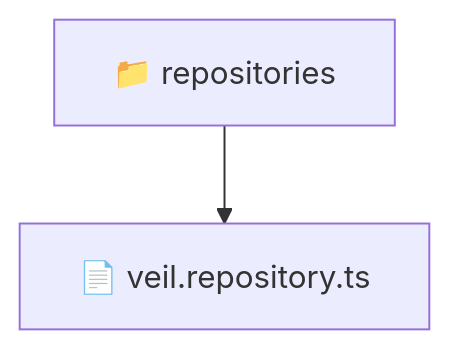
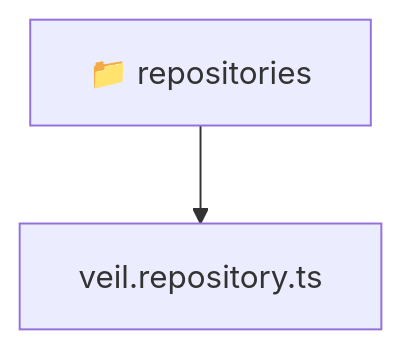
One commit to beginwebdev2002/fullstack-mavluda changed the diagram in backend/src/modules/veil/infrastructure/repositories/README.md. Above: the diagram before and after it, drawn with Mermaid. The commit also changed other lines of this file and 167 other files, not shown here.

````diff
--- a/backend/src/modules/veil/infrastructure/repositories/README.md
+++ b/backend/src/modules/veil/infrastructure/repositories/README.md
@@ -9,5 +9,6 @@
 ```mermaid
 graph TD
-  Root["📁 repositories"]
-  Root --> veil_repository_ts["📄 veil.repository.ts"]
+  Root_repositories["📁 repositories"]
+  f_veil_repository_ts["veil.repository.ts"]
+  Root_repositories --> f_veil_repository_ts
 ```
````
